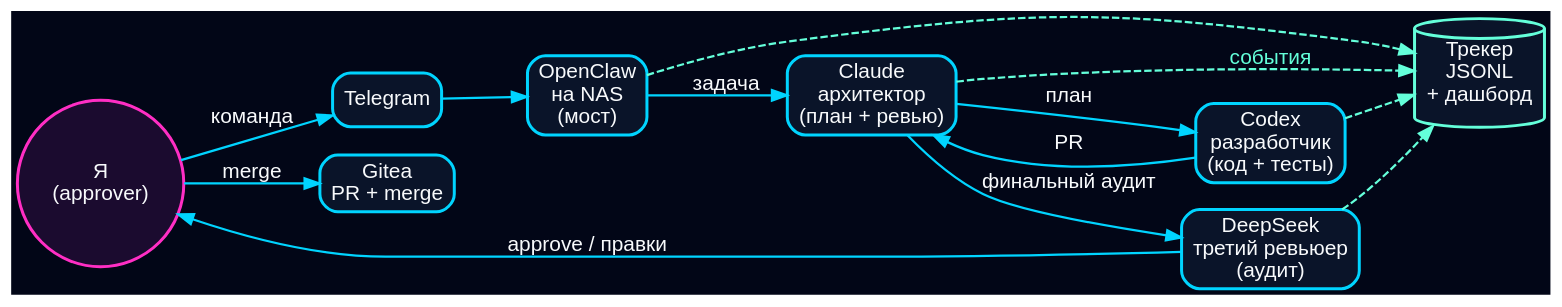
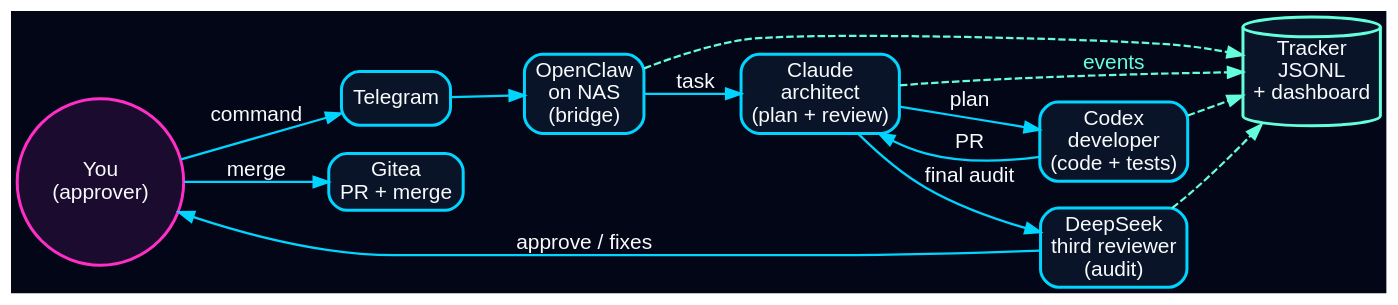
Before and after one commit to andromanpro/neon-legion: the diagram in docs/branding/neon-legion-flow.dot, drawn with Graphviz. The commit also changed 11 other files, not shown here.

```diff
--- a/docs/branding/neon-legion-flow.dot
+++ b/docs/branding/neon-legion-flow.dot
@@ -1,29 +1,29 @@
 digraph NeonLegion {
     rankdir=LR;
     bgcolor="#020617";
     node [fontname="Arial", fontcolor="#F8FAFC", style="rounded,filled", color="#00D4FF", fillcolor="#0a1429", penwidth=2, shape=box];
     edge [color="#00D4FF", fontcolor="#F8FAFC", fontname="Arial", penwidth=1.5];
 
-    USER [shape=circle, label="Я\n(approver)", fillcolor="#1b0b2f", color="#FF2EC4"];
+    USER [shape=circle, label="You\n(approver)", fillcolor="#1b0b2f", color="#FF2EC4"];
     TG [label="Telegram"];
-    OC [label="OpenClaw\nна NAS\n(мост)"];
-    CLAUDE [label="Claude\nархитектор\n(план + ревью)"];
-    CODEX [label="Codex\nразработчик\n(код + тесты)"];
-    DS [label="DeepSeek\nтретий ревьюер\n(аудит)"];
+    OC [label="OpenClaw\non NAS\n(bridge)"];
+    CLAUDE [label="Claude\narchitect\n(plan + review)"];
+    CODEX [label="Codex\ndeveloper\n(code + tests)"];
+    DS [label="DeepSeek\nthird reviewer\n(audit)"];
     GIT [label="Gitea\nPR + merge"];
-    TR [shape=cylinder, label="Трекер\nJSONL\n+ дашборд", fillcolor="#0a1429", color="#64FFDA"];
+    TR [shape=cylinder, label="Tracker\nJSONL\n+ dashboard", fillcolor="#0a1429", color="#64FFDA"];
 
-    USER -> TG [label="команда"];
+    USER -> TG [label="command"];
     TG -> OC;
-    OC -> CLAUDE [label="задача"];
-    CLAUDE -> CODEX [label="план"];
+    OC -> CLAUDE [label="task"];
+    CLAUDE -> CODEX [label="plan"];
     CODEX -> CLAUDE [label="PR"];
-    CLAUDE -> DS [label="финальный аудит"];
-    DS -> USER [label="approve / правки"];
+    CLAUDE -> DS [label="final audit"];
+    DS -> USER [label="approve / fixes"];
     USER -> GIT [label="merge"];
 
-    CLAUDE -> TR [style=dashed, label="события", color="#64FFDA", fontcolor="#64FFDA"];
+    CLAUDE -> TR [style=dashed, label="events", color="#64FFDA", fontcolor="#64FFDA"];
     CODEX -> TR [style=dashed, color="#64FFDA"];
     DS -> TR [style=dashed, color="#64FFDA"];
     OC -> TR [style=dashed, color="#64FFDA"];
 }
```
